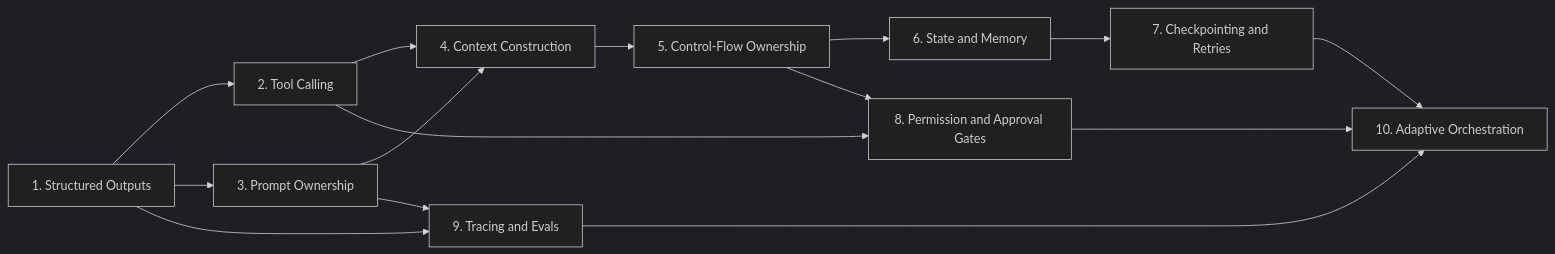
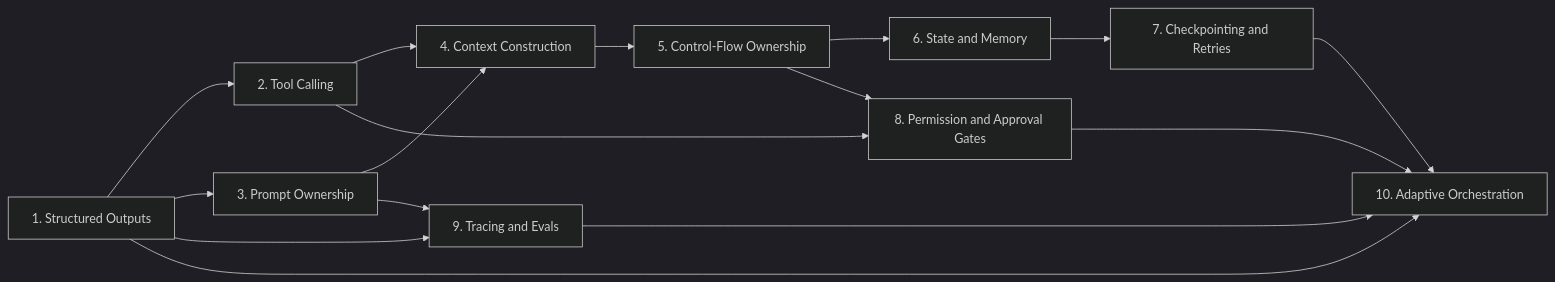
One commit to skdhanjal/agent-harness changed the second of 2 diagrams in docs/agent_harness_roadmap.md. Above: the diagram before and after it, drawn with Mermaid (dark theme). The commit also changed other lines of this file and 5 other files, not shown here.

````diff
--- a/docs/agent_harness_roadmap.md
+++ b/docs/agent_harness_roadmap.md
@@ -607,17 +656,18 @@
 ```mermaid
 flowchart LR
     M1[1. Structured Outputs] --> M2[2. Tool Calling]
     M1 --> M3[3. Prompt Ownership]
     M2 --> M4[4. Context Construction]
     M3 --> M4
     M4 --> M5[5. Control-Flow Ownership]
     M5 --> M6[6. State and Memory]
     M6 --> M7[7. Checkpointing and Retries]
     M2 --> M8[8. Permission and Approval Gates]
     M5 --> M8
     M1 --> M9[9. Tracing and Evals]
     M3 --> M9
     M7 --> M10[10. Adaptive Orchestration]
     M8 --> M10
     M9 --> M10
+    M1 --> M10
 ```
````
